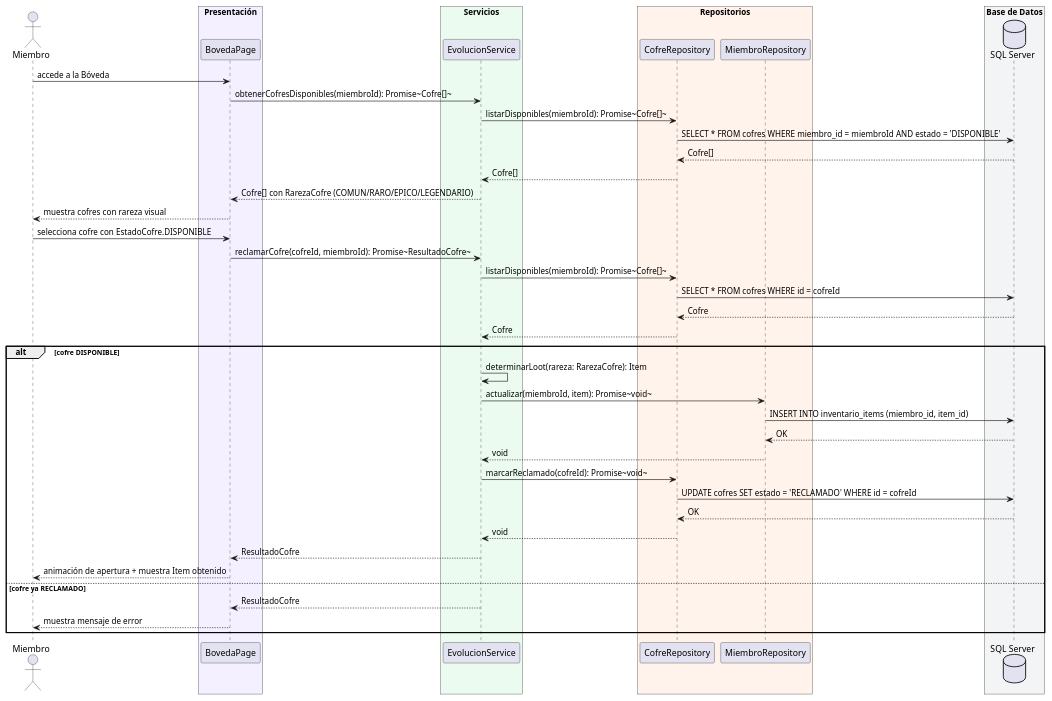
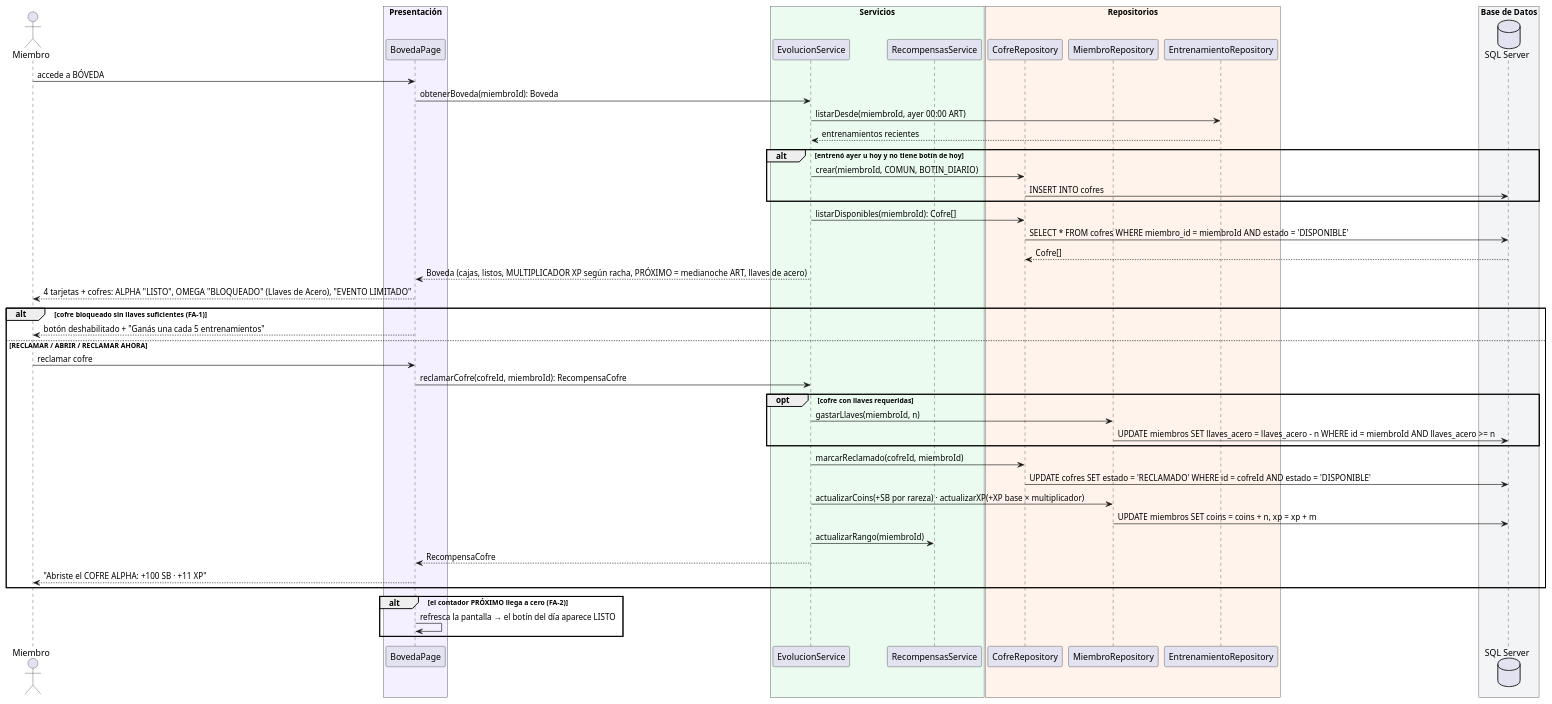
Before and after one commit to nicolassepulveda13/SAP: the seventh of 8 diagrams in silverback/docs/secuencias-cu003-cu004.md, drawn with PlantUML. The commit also changed other lines of this file and 82 other files, not shown here.

````diff
--- a/silverback/docs/secuencias-cu003-cu004.md
+++ b/silverback/docs/secuencias-cu003-cu004.md
@@ -423,57 +444,61 @@
 ```plantuml
 @startuml CU-004-003
 
 actor Miembro
 
 box "Presentación" #F5F0FF
   participant "BovedaPage" as Page
 end box
 
 box "Servicios" #EBFBF0
   participant "EvolucionService" as Svc
+  participant "RecompensasService" as Rec
 end box
 
 box "Repositorios" #FFF3EB
   participant "CofreRepository" as CofreRepo
   participant "MiembroRepository" as MiembroRepo
+  participant "EntrenamientoRepository" as EntRepo
 end box
 
 box "Base de Datos" #F3F4F6
   database "SQL Server" as DB
 end box
 
-Miembro -> Page: accede a la Bóveda
-Page -> Svc: obtenerCofresDisponibles(miembroId): Promise~Cofre[]~
-Svc -> CofreRepo: listarDisponibles(miembroId): Promise~Cofre[]~
+Miembro -> Page: accede a BÓVEDA
+Page -> Svc: obtenerBoveda(miembroId): Boveda
+Svc -> EntRepo: listarDesde(miembroId, ayer 00:00 ART)
+EntRepo --> Svc: entrenamientos recientes
+alt entrenó ayer u hoy y no tiene botín de hoy
+    Svc -> CofreRepo: crear(miembroId, COMUN, BOTIN_DIARIO)
+    CofreRepo -> DB: INSERT INTO cofres
+end
+Svc -> CofreRepo: listarDisponibles(miembroId): Cofre[]
 CofreRepo -> DB: SELECT * FROM cofres WHERE miembro_id = miembroId AND estado = 'DISPONIBLE'
 DB --> CofreRepo: Cofre[]
-CofreRepo --> Svc: Cofre[]
-Svc --> Page: Cofre[] con RarezaCofre (COMUN/RARO/EPICO/LEGENDARIO)
-Page --> Miembro: muestra cofres con rareza visual
+Svc --> Page: Boveda (cajas, listos, MULTIPLICADOR XP según racha, PRÓXIMO = medianoche ART, llaves de acero)
+Page --> Miembro: 4 tarjetas + cofres: ALPHA "LISTO", OMEGA "BLOQUEADO" (Llaves de Acero), "EVENTO LIMITADO"
 
-Miembro -> Page: selecciona cofre con EstadoCofre.DISPONIBLE
-Page -> Svc: reclamarCofre(cofreId, miembroId): Promise~ResultadoCofre~
-Svc -> CofreRepo: listarDisponibles(miembroId): Promise~Cofre[]~
-CofreRepo -> DB: SELECT * FROM cofres WHERE id = cofreId
-DB --> CofreRepo: Cofre
-CofreRepo --> Svc: Cofre
-
-alt cofre DISPONIBLE
-    Svc -> Svc: determinarLoot(rareza: RarezaCofre): Item
-    Svc -> MiembroRepo: actualizar(miembroId, item): Promise~void~
-    MiembroRepo -> DB: INSERT INTO inventario_items (miembro_id, item_id)
-    DB --> MiembroRepo: OK
-    MiembroRepo --> Svc: void
-    Svc -> CofreRepo: marcarReclamado(cofreId): Promise~void~
-    CofreRepo -> DB: UPDATE cofres SET estado = 'RECLAMADO' WHERE id = cofreId
-    DB --> CofreRepo: OK
-    CofreRepo --> Svc: void
-    Svc --> Page: ResultadoCofre
-    Page --> Miembro: animación de apertura + muestra Item obtenido
-else cofre ya RECLAMADO
-    Svc --> Page: ResultadoCofre
-    Page --> Miembro: muestra mensaje de error
+alt cofre bloqueado sin llaves suficientes (FA-1)
+    Page --> Miembro: botón deshabilitado + "Ganás una cada 5 entrenamientos"
+else RECLAMAR / ABRIR / RECLAMAR AHORA
+    Miembro -> Page: reclamar cofre
+    Page -> Svc: reclamarCofre(cofreId, miembroId): RecompensaCofre
+    opt cofre con llaves requeridas
+        Svc -> MiembroRepo: gastarLlaves(miembroId, n)
+        MiembroRepo -> DB: UPDATE miembros SET llaves_acero = llaves_acero - n WHERE id = miembroId AND llaves_acero >= n
+    end
+    Svc -> CofreRepo: marcarReclamado(cofreId, miembroId)
+    CofreRepo -> DB: UPDATE cofres SET estado = 'RECLAMADO' WHERE id = cofreId AND estado = 'DISPONIBLE'
+    Svc -> MiembroRepo: actualizarCoins(+SB por rareza) · actualizarXP(+XP base × multiplicador)
+    MiembroRepo -> DB: UPDATE miembros SET coins = coins + n, xp = xp + m
+    Svc -> Rec: actualizarRango(miembroId)
+    Svc --> Page: RecompensaCofre
+    Page --> Miembro: "Abriste el COFRE ALPHA: +100 SB · +11 XP"
+end
+alt el contador PRÓXIMO llega a cero (FA-2)
+    Page -> Page: refresca la pantalla → el botín del día aparece LISTO
 end
 
 @enduml
 ```
````
